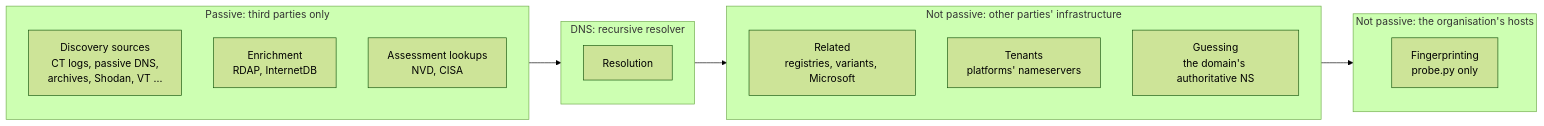
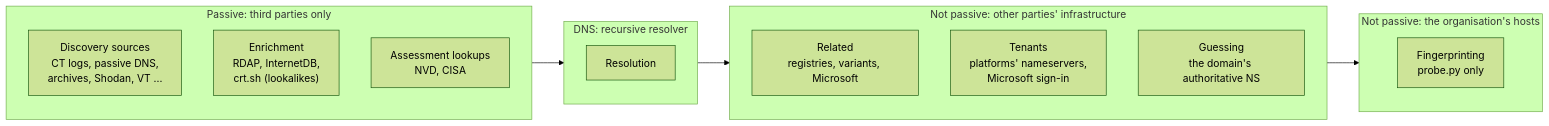
One commit to JeremyCBrooks/farpoint changed the second of 2 diagrams in ARCHITECTURE.md. Above: the diagram before and after it, drawn with Mermaid (forest theme). The commit also changed other lines of this file and 17 other files, not shown here.

````diff
--- a/ARCHITECTURE.md
+++ b/ARCHITECTURE.md
@@ -73,20 +73,20 @@
 ```mermaid
 flowchart LR
     subgraph P0["Passive: third parties only"]
         S1["Discovery sources<br/>CT logs, passive DNS,<br/>archives, Shodan, VT ..."]
-        S2["Enrichment<br/>RDAP, InternetDB"]
+        S2["Enrichment<br/>RDAP, InternetDB,<br/>crt.sh (lookalikes)"]
         S3["Assessment lookups<br/>NVD, CISA"]
     end
     subgraph P1["DNS: recursive resolver"]
         S4["Resolution"]
     end
     subgraph P2["Not passive: other parties' infrastructure"]
         S5["Related<br/>registries, variants, Microsoft"]
-        S6["Tenants<br/>platforms' nameservers"]
+        S6["Tenants<br/>platforms' nameservers,<br/>Microsoft sign-in"]
         S7["Guessing<br/>the domain's authoritative NS"]
     end
     subgraph P3["Not passive: the organisation's hosts"]
         S8["Fingerprinting<br/>probe.py only"]
     end
     P0 --> P1 --> P2 --> P3
 ```
````
